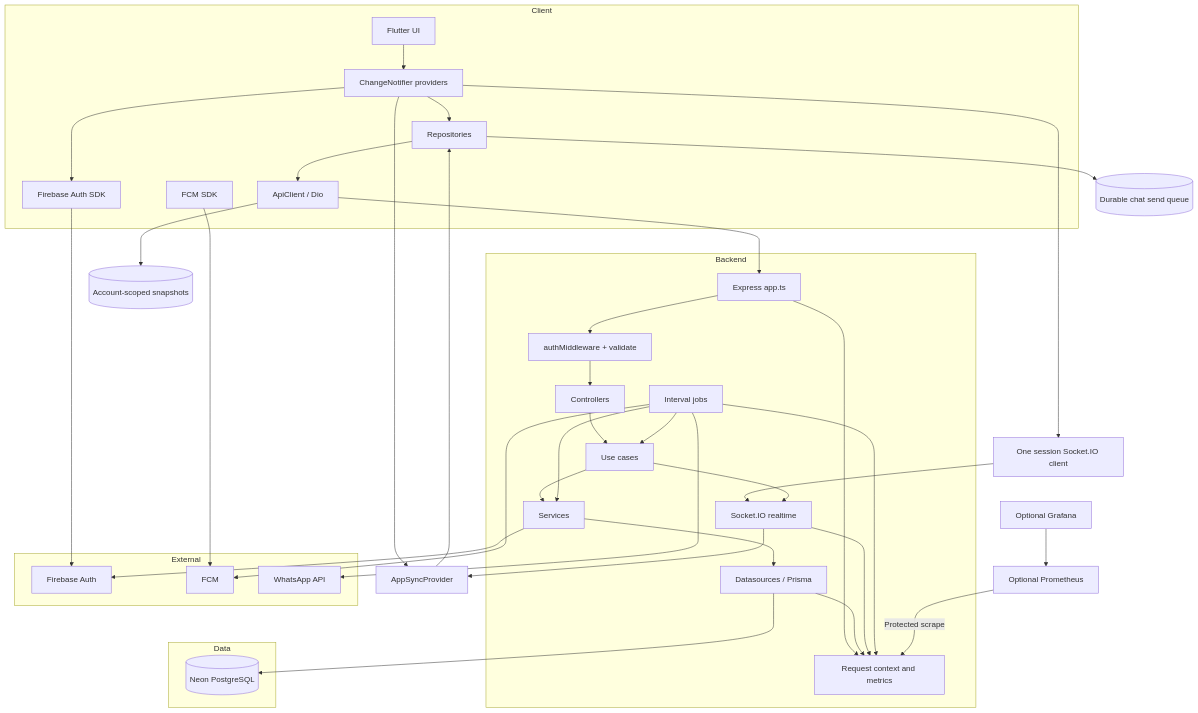
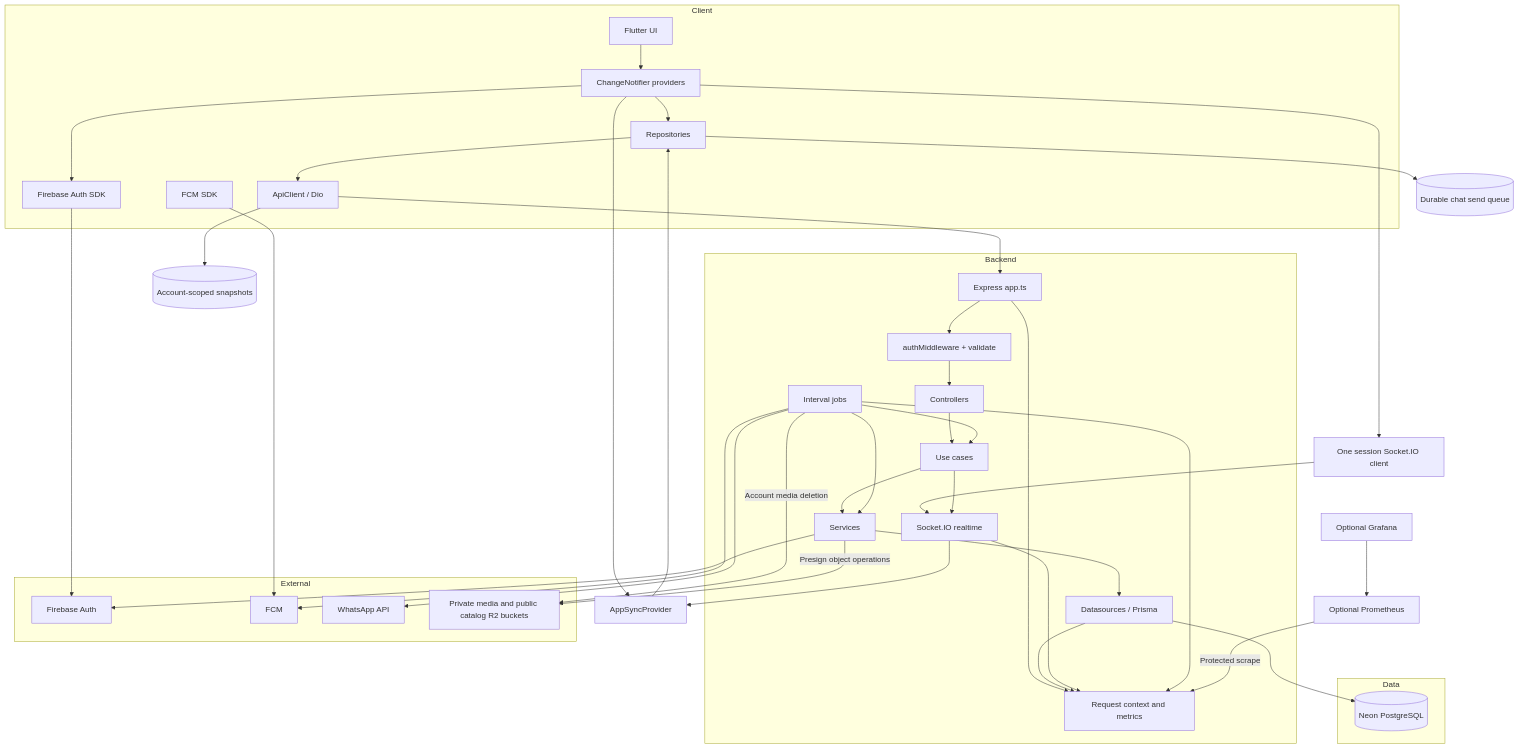
The first of 8 diagrams in docs/SYSTEM_ARCHITECTURE.md (MohamedMSalah/yalla5roga), drawn with Mermaid before and after one commit. The commit also changed other lines of this file and 182 other files, not shown here.

````diff
--- a/docs/SYSTEM_ARCHITECTURE.md
+++ b/docs/SYSTEM_ARCHITECTURE.md
@@ -28,58 +32,61 @@
 ```mermaid
 flowchart TB
   subgraph Client
     UI[Flutter UI]
     Providers[ChangeNotifier providers]
     Repos[Repositories]
     Dio[ApiClient / Dio]
     FA[Firebase Auth SDK]
     FM[FCM SDK]
   end
 
   subgraph Backend
     Express[Express app.ts]
     IO[Socket.IO realtime]
     MW[authMiddleware + validate]
     Ctrl[Controllers]
     UC[Use cases]
     Svc[Services]
     DS[Datasources / Prisma]
     Jobs[Interval jobs]
     Observability[Request context and metrics]
   end
 
   subgraph Data
     Neon[(Neon PostgreSQL)]
   end
 
   subgraph External
     FAuth[Firebase Auth]
     FCM[FCM]
     WA[WhatsApp API]
+    R2[Private media and public catalog R2 buckets]
   end
 
   UI --> Providers --> Repos --> Dio --> Express
   Providers --> Transport[One session Socket.IO client]
   Transport --> IO
   Providers --> Sync[AppSyncProvider]
   Sync --> Repos
   Dio --> Cache[(Account-scoped snapshots)]
   Repos --> Queue[(Durable chat send queue)]
   IO --> Sync
   FA --> FAuth
   Providers --> FA
   FM --> FCM
   Express --> MW --> Ctrl --> UC --> Svc --> DS --> Neon
   UC --> IO
   Jobs --> UC
   Jobs --> Svc
   Svc --> FAuth
   Jobs --> FCM
   Jobs --> WA
+  Jobs -->|Account media deletion| R2
+  Svc -->|Presign object operations| R2
   Express --> Observability
   DS --> Observability
   IO --> Observability
   Jobs --> Observability
   Prometheus[Optional Prometheus] -->|Protected scrape| Observability
   Grafana[Optional Grafana] --> Prometheus
 ```
````
